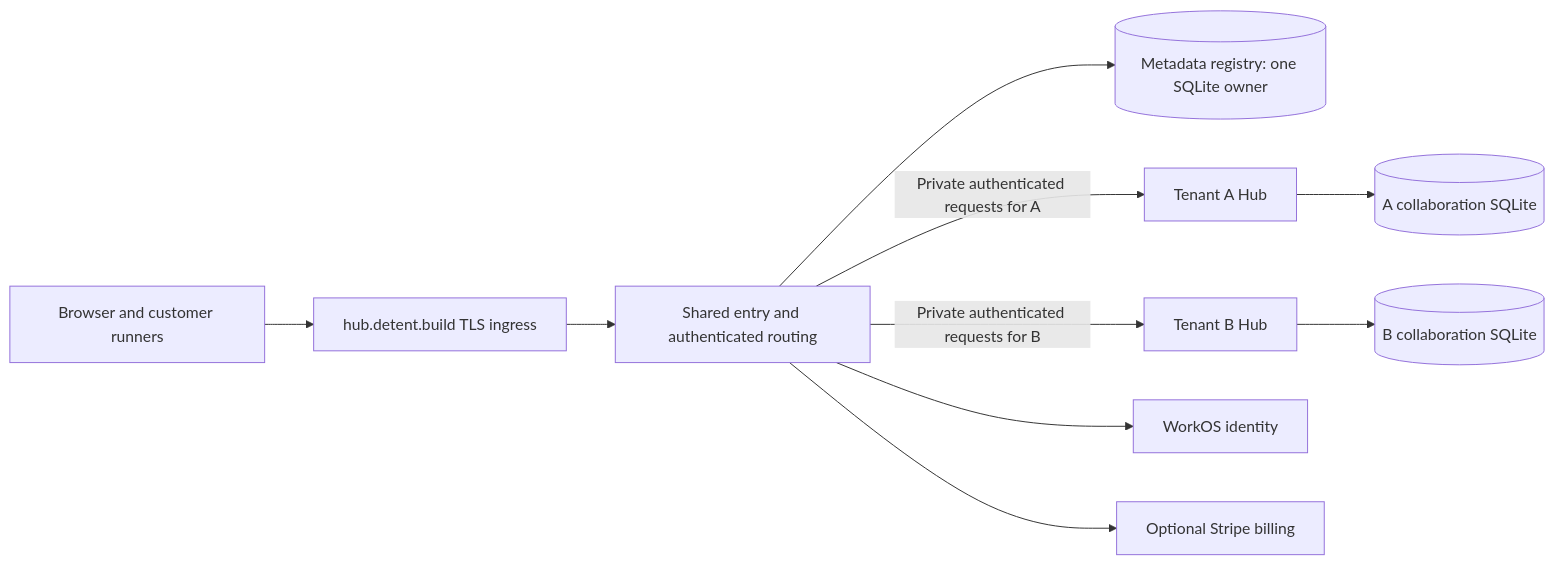
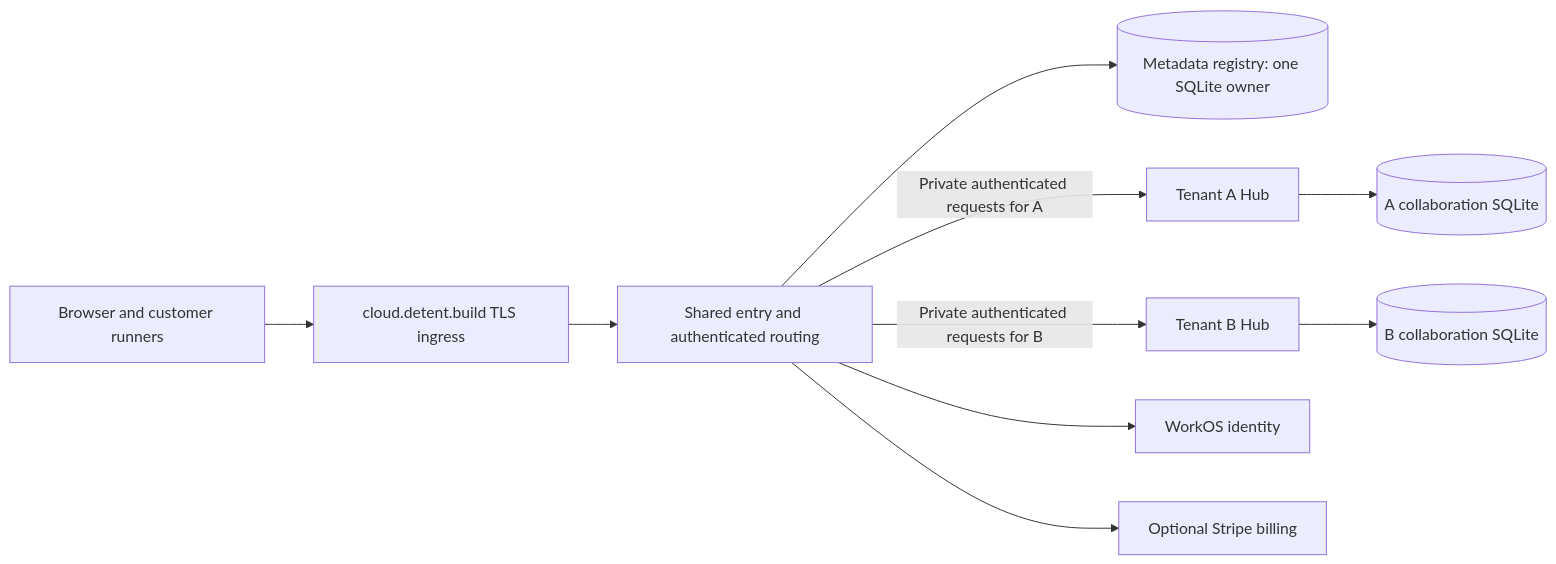
The third of 9 diagrams in docs/cloud-hub-rfc.md (digitaldrywood/detent), drawn with Mermaid before and after one commit. The commit also changed other lines of this file and 26 other files, not shown here.

````diff
--- a/docs/cloud-hub-rfc.md
+++ b/docs/cloud-hub-rfc.md
@@ -171,12 +171,12 @@
 ```mermaid
 flowchart LR
-    Browser[Browser and customer runners] --> Edge[hub.detent.build TLS ingress]
+    Browser[Browser and customer runners] --> Edge[cloud.detent.build TLS ingress]
     Edge --> Entry[Shared entry and authenticated routing]
     Entry --> Registry[(Metadata registry: one SQLite owner)]
     Entry -->|Private authenticated requests for A| A[Tenant A Hub]
     Entry -->|Private authenticated requests for B| B[Tenant B Hub]
     A --> ADB[(A collaboration SQLite)]
     B --> BDB[(B collaboration SQLite)]
     Entry --> Identity[WorkOS identity]
     Entry --> Billing[Optional Stripe billing]
 ```
````
